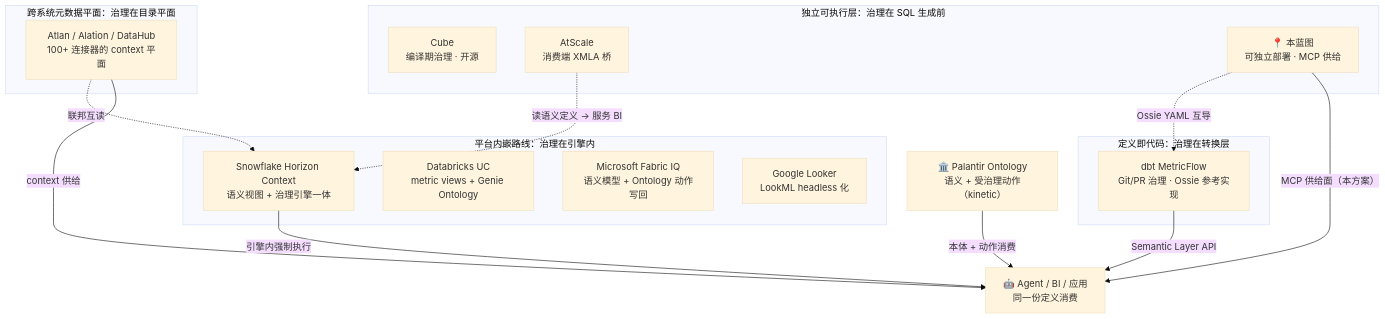
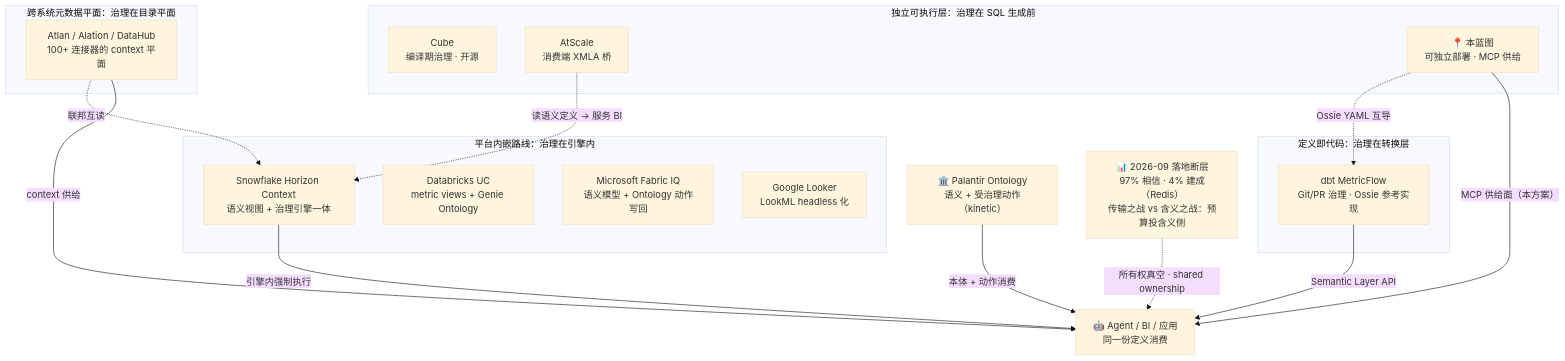
The diagram in docs/assets/mermaid/cognitive-context/context-layer-blueprint--industry-landscape.mmd (ThreeFish-AI/negentropy), drawn with Mermaid (base theme) before and after one commit. The commit also changed 73 other files, not shown here.

First line of the commit message:
docs(cognitive-context): 013 Context Layer 蓝图完全重铸——三轴蓝图（五源×五层×CGAVE）× 失效模式驱动 × 四范本矩阵;

```diff
--- a/docs/assets/mermaid/cognitive-context/context-layer-blueprint--industry-landscape.mmd
+++ b/docs/assets/mermaid/cognitive-context/context-layer-blueprint--industry-landscape.mmd
@@ -1,32 +1,34 @@
-%%source: docs/research/cognitive-context/013-context-layer-blueprint.md#block2 (§2 业界格局：四条路线与一个异类)
+%%source: docs/research/cognitive-context/013-context-layer-blueprint.md §2 业界格局与判据（2026-09 快照）
 %%slug: cognitive-context/context-layer-blueprint--industry-landscape
 %%type: architecture
 %%derived: archify architecture v1, authored from source mermaid
 flowchart TB
     subgraph "平台内嵌路线：治理在引擎内"
         SF["Snowflake Horizon Context<br/>语义视图 + 治理引擎一体"]
         DBX["Databricks UC<br/>metric views + Genie Ontology"]
         MF["Microsoft Fabric IQ<br/>语义模型 + Ontology 动作写回"]
         LKR["Google Looker<br/>LookML headless 化"]
     end
     subgraph "定义即代码：治理在转换层"
         DBT["dbt MetricFlow<br/>Git/PR 治理 · Ossie 参考实现"]
     end
     subgraph "独立可执行层：治理在 SQL 生成前"
         CUBE["Cube<br/>编译期治理 · 开源"]
         ATS["AtScale<br/>消费端 XMLA 桥"]
         BP["📍 本蓝图<br/>可独立部署 · MCP 供给"]
     end
     subgraph "跨系统元数据平面：治理在目录平面"
         ATL["Atlan / Alation / DataHub<br/>100+ 连接器的 context 平面"]
     end
     PLTR["🏛️ Palantir Ontology<br/>语义 + 受治理动作（kinetic）"]
     AG["🤖 Agent / BI / 应用<br/>同一份定义消费"]
+    GAP["📊 2026-09 落地断层<br/>97% 相信 · 4% 建成（Redis）<br/>传输之战 vs 含义之战：预算投含义侧"]
     SF -->|"引擎内强制执行"| AG
     DBT -->|"Semantic Layer API"| AG
     BP -->|"MCP 供给面（本方案）"| AG
     ATL -->|"context 供给"| AG
     PLTR -->|"本体 + 动作消费"| AG
     ATS -.->|"读语义定义 → 服务 BI"| SF
     BP -.->|"Ossie YAML 互导"| DBT
     ATL -.->|"联邦互读"| SF
+    GAP -.-> |"所有权真空 · shared ownership"| AG
```
